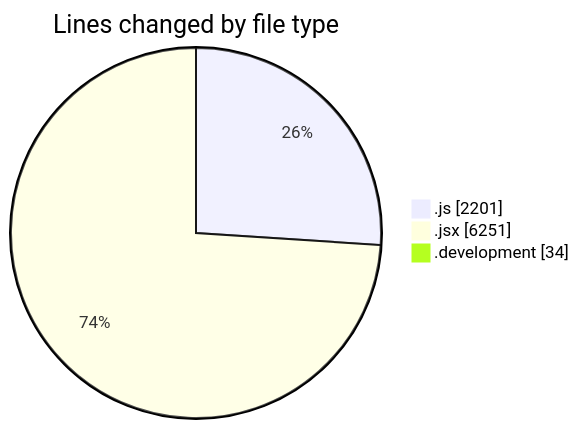
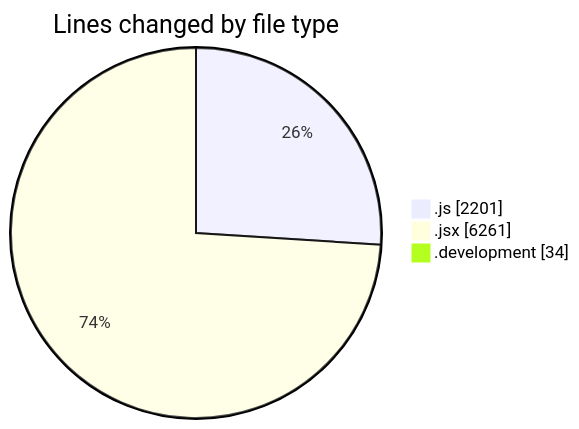
Before and after one commit to nxtqubesakshisongat/code-tracking: the first of 2 diagrams in 2025-09-18/nxtqube_webapp/README.md, drawn with Mermaid. The commit also changed other lines of this file and 1 other file, not shown here.

````diff
--- a/2025-09-18/nxtqube_webapp/README.md
+++ b/2025-09-18/nxtqube_webapp/README.md
@@ -38,7 +38,7 @@
 ```mermaid
 pie showData
 title Lines changed by file type
 ".js" : 2201
-".jsx" : 6251
+".jsx" : 6261
 ".development" : 34
 ```
````
